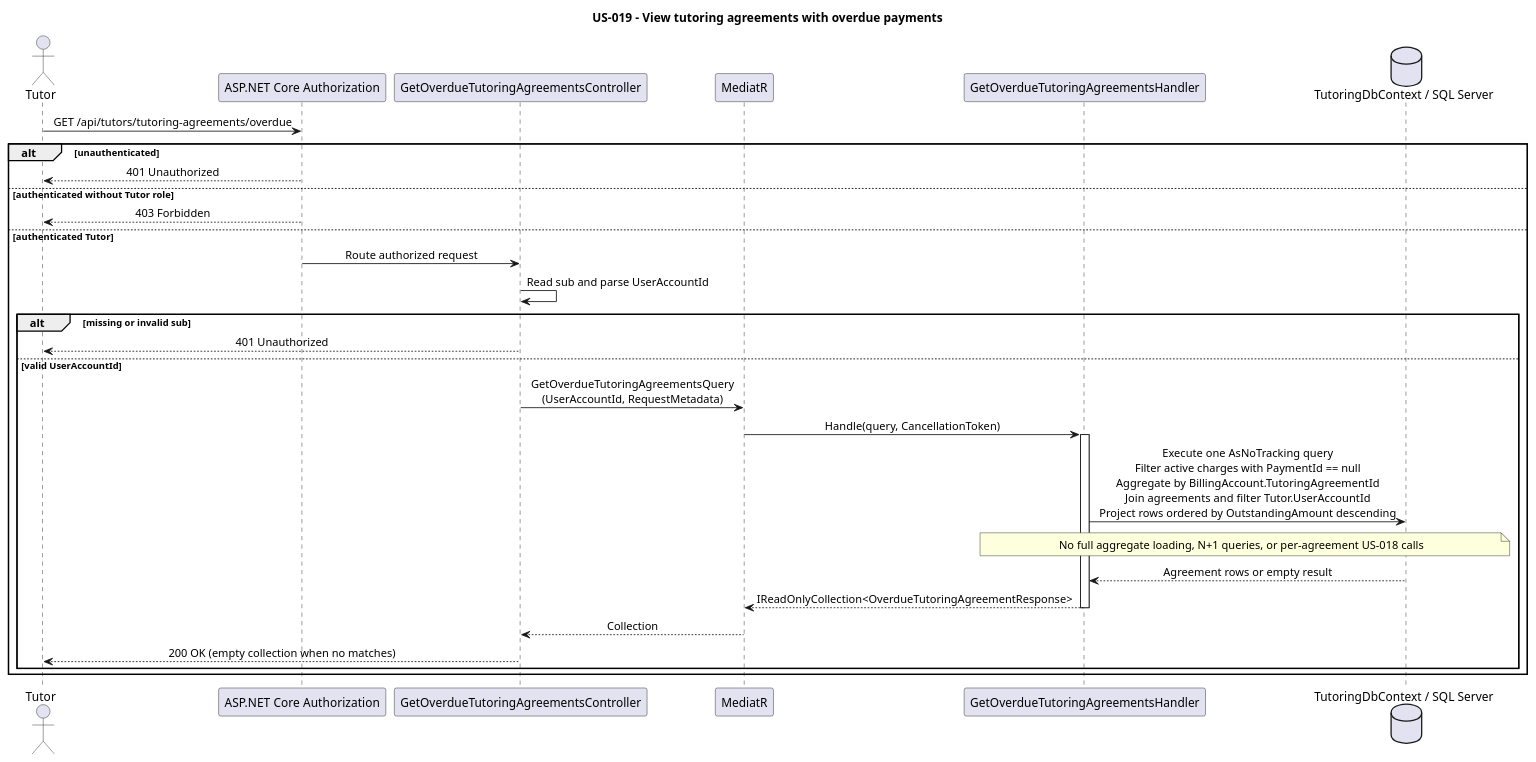
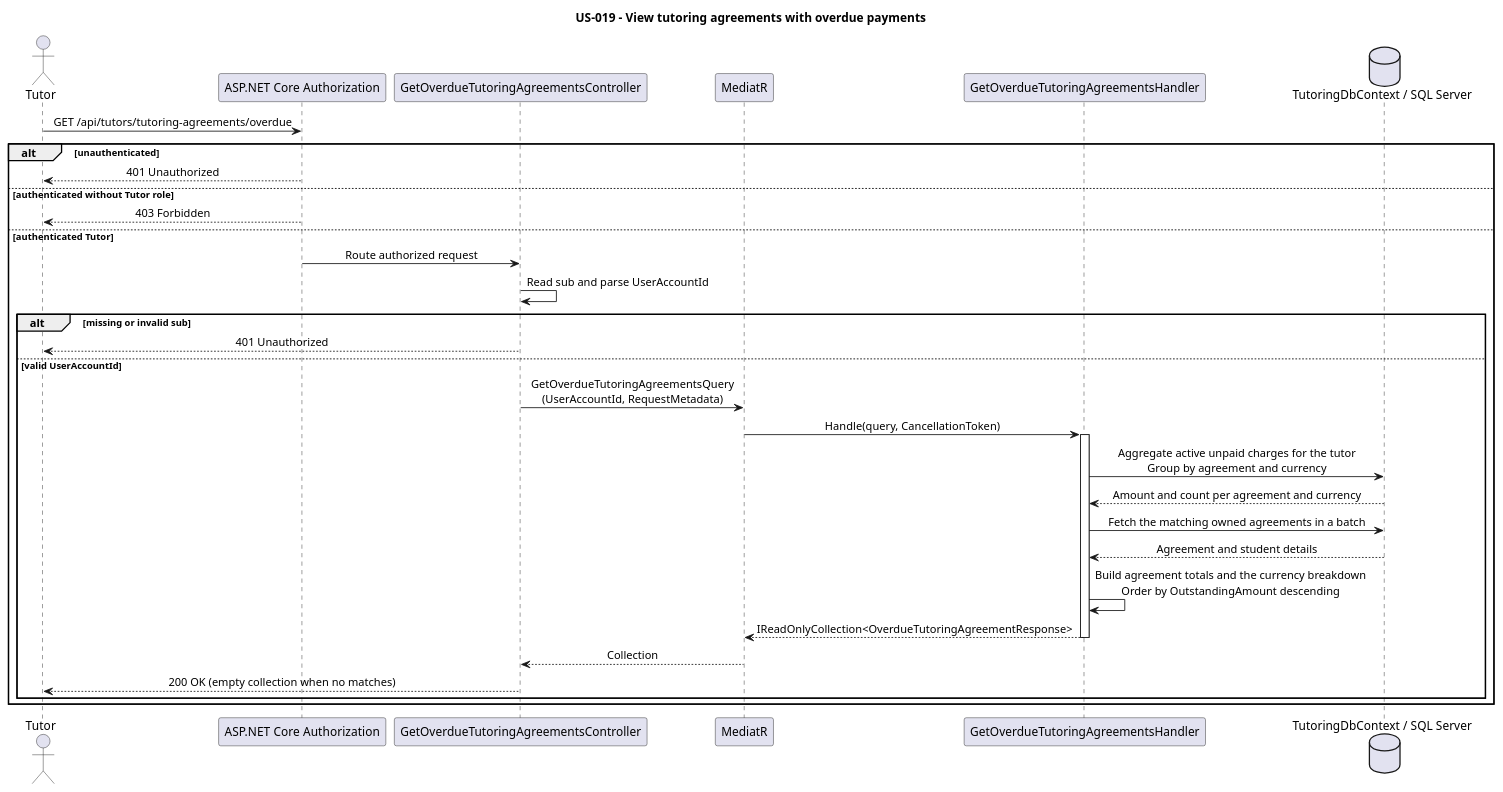
Before and after one commit to JStec0312/Tutoring-CRM-System: the diagram in docs/technical_docs/backend_docs/user_stories/us_019/diagrams/get_overdue_tutoring_agreements.puml, drawn with PlantUML. The commit also changed 50 other files, not shown here.

First line of the commit message:
feat(api): support tutor workspace data and account settings

```diff
--- a/docs/technical_docs/backend_docs/user_stories/us_019/diagrams/get_overdue_tutoring_agreements.puml
+++ b/docs/technical_docs/backend_docs/user_stories/us_019/diagrams/get_overdue_tutoring_agreements.puml
@@ -1,40 +1,42 @@
 @startuml
 skinparam backgroundColor white
 skinparam sequenceMessageAlign center
 skinparam responseMessageBelowArrow true
 
 title US-019 - View tutoring agreements with overdue payments
 
 actor Tutor
 participant "ASP.NET Core Authorization" as Authorization
 participant "GetOverdueTutoringAgreementsController" as Controller
 participant MediatR
 participant "GetOverdueTutoringAgreementsHandler" as Handler
 database "TutoringDbContext / SQL Server" as Db
 
 Tutor -> Authorization: GET /api/tutors/tutoring-agreements/overdue
 alt unauthenticated
     Authorization --> Tutor: 401 Unauthorized
 else authenticated without Tutor role
     Authorization --> Tutor: 403 Forbidden
 else authenticated Tutor
     Authorization -> Controller: Route authorized request
     Controller -> Controller: Read sub and parse UserAccountId
 
     alt missing or invalid sub
         Controller --> Tutor: 401 Unauthorized
     else valid UserAccountId
         Controller -> MediatR: GetOverdueTutoringAgreementsQuery\n(UserAccountId, RequestMetadata)
         MediatR -> Handler: Handle(query, CancellationToken)
         activate Handler
-        Handler -> Db: Execute one AsNoTracking query\nFilter active charges with PaymentId == null\nAggregate by BillingAccount.TutoringAgreementId\nJoin agreements and filter Tutor.UserAccountId\nProject rows ordered by OutstandingAmount descending
-        note over Handler, Db: No full aggregate loading, N+1 queries, or per-agreement US-018 calls
-        Db --> Handler: Agreement rows or empty result
+        Handler -> Db: Aggregate active unpaid charges for the tutor\nGroup by agreement and currency
+        Db --> Handler: Amount and count per agreement and currency
+        Handler -> Db: Fetch the matching owned agreements in a batch
+        Db --> Handler: Agreement and student details
+        Handler -> Handler: Build agreement totals and the currency breakdown\nOrder by OutstandingAmount descending
         Handler --> MediatR: IReadOnlyCollection<OverdueTutoringAgreementResponse>
         deactivate Handler
         MediatR --> Controller: Collection
         Controller --> Tutor: 200 OK (empty collection when no matches)
     end
 end
 
 @enduml
```
